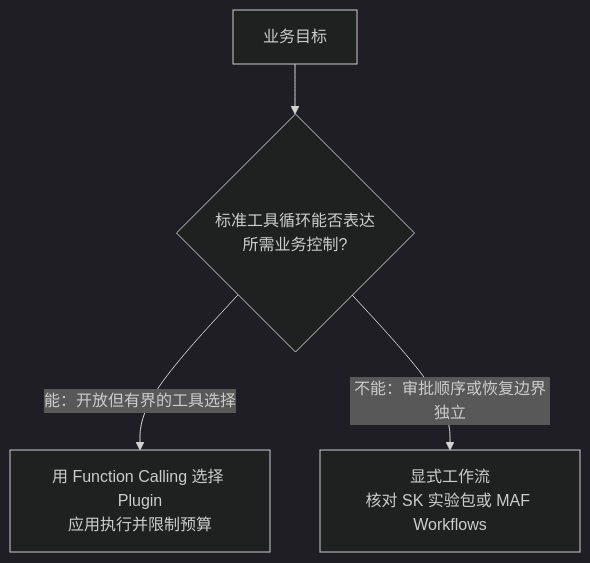
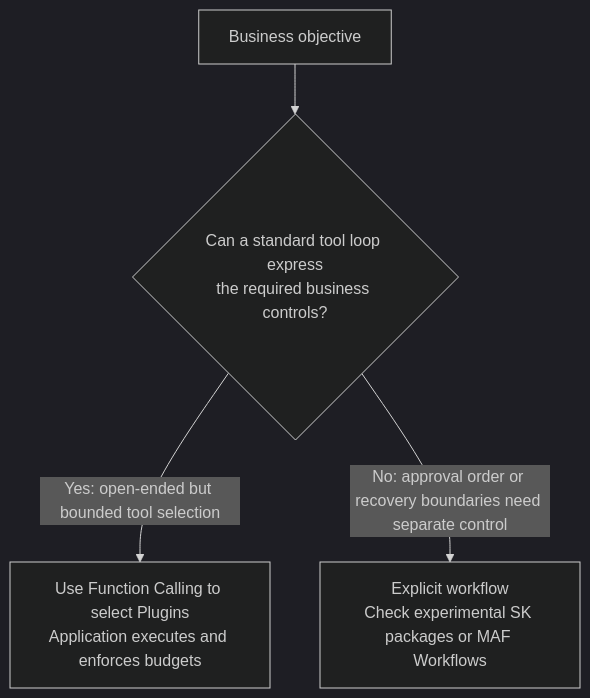
One commit to oneleaveknowsthefall/awesome-ai-roadmap changed the diagram in docs/frameworks/04-semantic-kernel/18-kernel-plugin-planner.md. Above: the diagram before and after it, drawn with Mermaid (dark theme). The commit also changed other lines of this file and 70 other files, not shown here.

````diff
--- a/docs/frameworks/04-semantic-kernel/18-kernel-plugin-planner.md
+++ b/docs/frameworks/04-semantic-kernel/18-kernel-plugin-planner.md
@@ -50,6 +50,6 @@
 ```mermaid
 flowchart TB
-    G["业务目标"] --> D{"标准工具循环能否表达<br/>所需业务控制?"}
-    D -->|"能：开放但有界的工具选择"| M["用 Function Calling 选择 Plugin<br/>应用执行并限制预算"]
-    D -->|"不能：审批顺序或恢复边界独立"| PF["显式工作流<br/>核对 SK 实验包或 MAF Workflows"]
+    G["Business objective"] --> D{"Can a standard tool loop express<br/>the required business controls?"}
+    D -->|"Yes: open-ended but bounded tool selection"| M["Use Function Calling to select Plugins<br/>Application executes and enforces budgets"]
+    D -->|"No: approval order or recovery boundaries need separate control"| PF["Explicit workflow<br/>Check experimental SK packages or MAF Workflows"]
 ```
````
